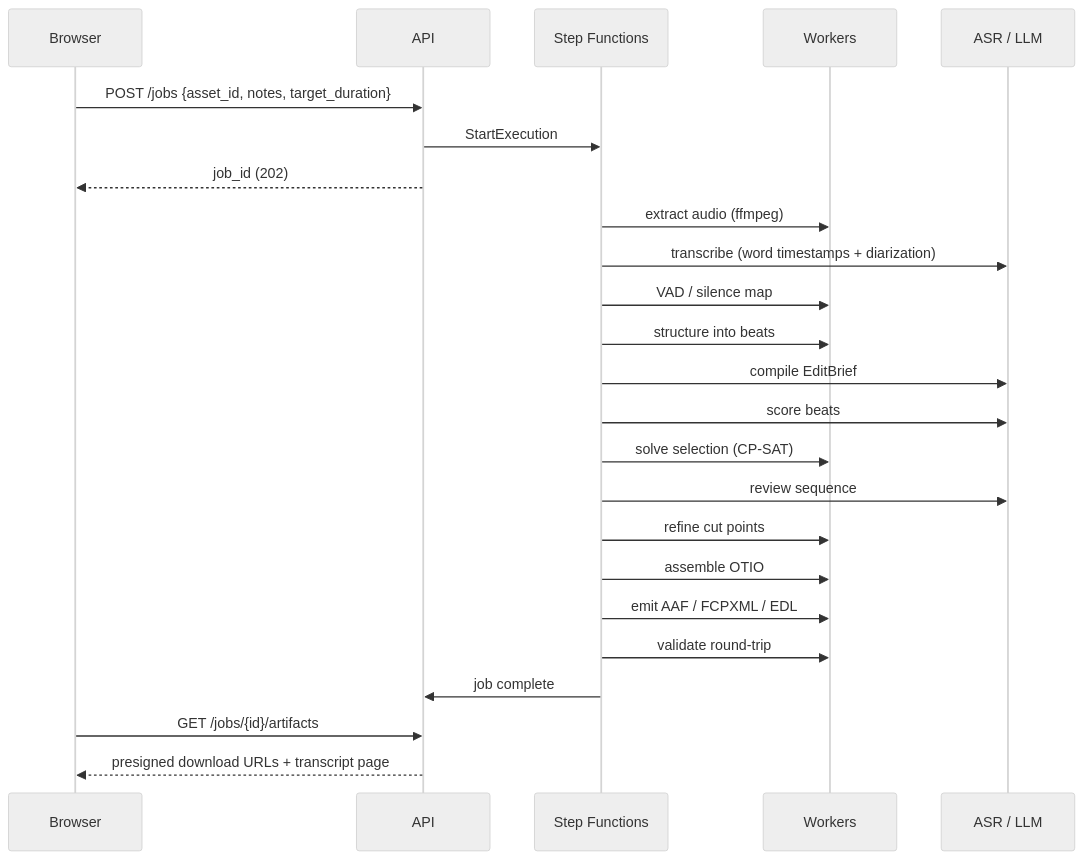
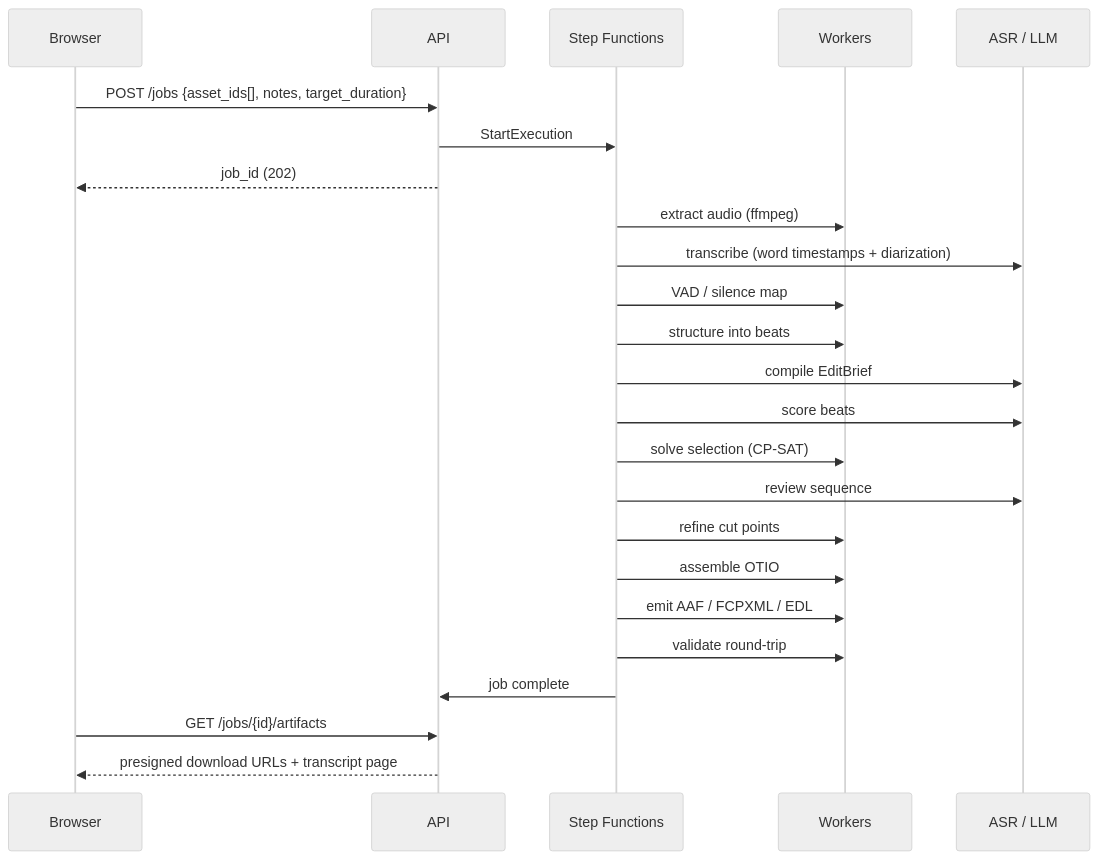
The fourth of 4 diagrams in docs/architecture/00-overview.md (alonraif/mishne.ai), drawn with Mermaid (neutral theme) before and after one commit. The commit also changed 40 other files, not shown here.

````diff
--- a/docs/architecture/00-overview.md
+++ b/docs/architecture/00-overview.md
@@ -193,29 +193,29 @@
 ```mermaid
 sequenceDiagram
     participant U as Browser
     participant A as API
     participant O as Step Functions
     participant W as Workers
     participant X as ASR / LLM
 
-    U->>A: POST /jobs {asset_id, notes, target_duration}
+    U->>A: POST /jobs {asset_ids[], notes, target_duration}
     A->>O: StartExecution
     A-->>U: job_id (202)
 
     O->>W: extract audio (ffmpeg)
     O->>X: transcribe (word timestamps + diarization)
     O->>W: VAD / silence map
     O->>W: structure into beats
     O->>X: compile EditBrief
     O->>X: score beats
     O->>W: solve selection (CP-SAT)
     O->>X: review sequence
     O->>W: refine cut points
     O->>W: assemble OTIO
     O->>W: emit AAF / FCPXML / EDL
     O->>W: validate round-trip
     O->>A: job complete
 
     U->>A: GET /jobs/{id}/artifacts
     A-->>U: presigned download URLs + transcript page
 ```
````
